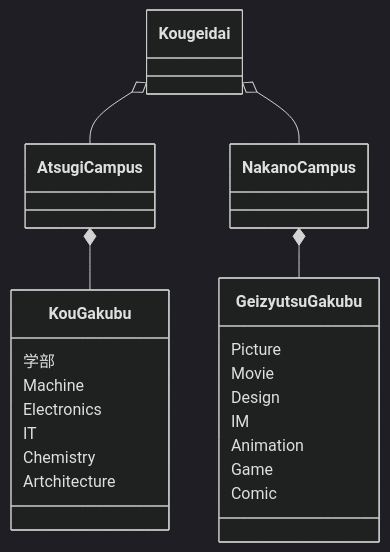
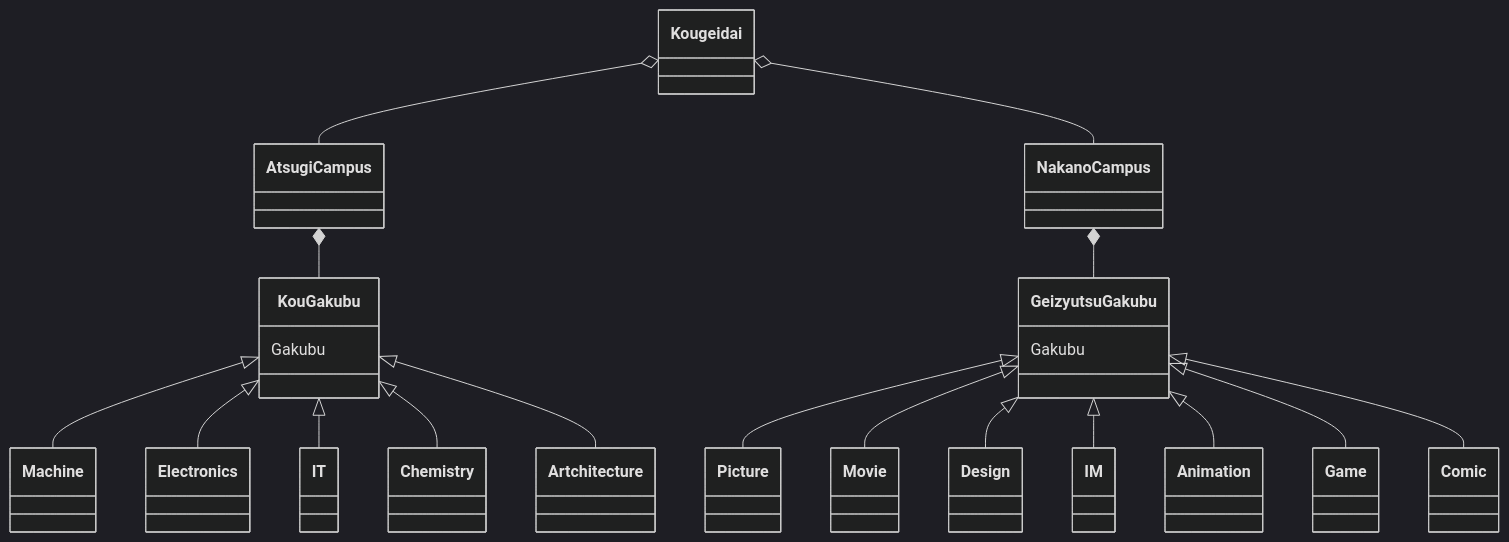
The third of 3 diagrams in README.md (tpu-game-2022/mermaid_test), drawn with Mermaid (dark theme) before and after one commit.

````diff
--- a/README.md
+++ b/README.md
@@ -85,20 +85,21 @@
 ```mermaid
 classDiagram
 Kougeidai o-- AtsugiCampus
 Kougeidai o-- NakanoCampus
 AtsugiCampus *-- KouGakubu
-KouGakubu:学部
-KouGakubu:Machine
-KouGakubu:Electronics
-KouGakubu:IT
-KouGakubu:Chemistry
-KouGakubu:Artchitecture
+KouGakubu:Gakubu
+KouGakubu<|--Machine
+KouGakubu<|--Electronics
+KouGakubu<|--IT
+KouGakubu<|--Chemistry
+KouGakubu<|--Artchitecture
 NakanoCampus *-- GeizyutsuGakubu
-GeizyutsuGakubu:Picture
-GeizyutsuGakubu:Movie
-GeizyutsuGakubu:Design
-GeizyutsuGakubu:IM
-GeizyutsuGakubu:Animation
-GeizyutsuGakubu:Game
-GeizyutsuGakubu:Comic
+GeizyutsuGakubu:Gakubu
+GeizyutsuGakubu<|--Picture
+GeizyutsuGakubu<|--Movie
+GeizyutsuGakubu<|--Design
+GeizyutsuGakubu<|--IM
+GeizyutsuGakubu<|--Animation
+GeizyutsuGakubu<|--Game
+GeizyutsuGakubu<|--Comic
 ```
````
